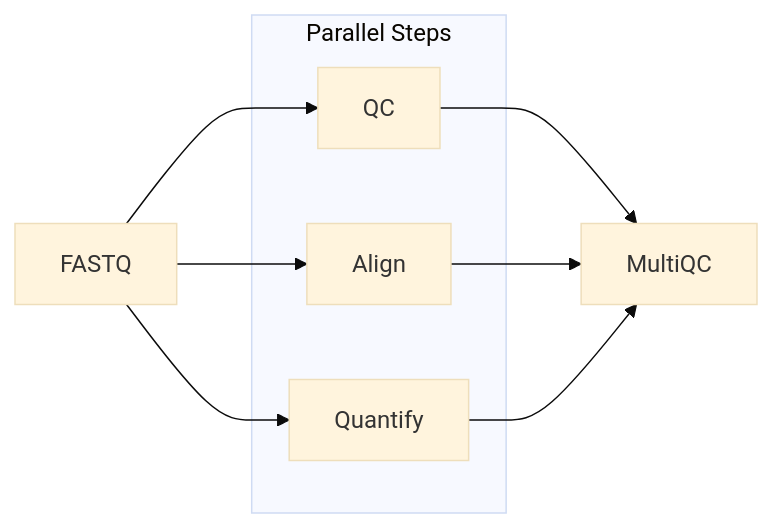
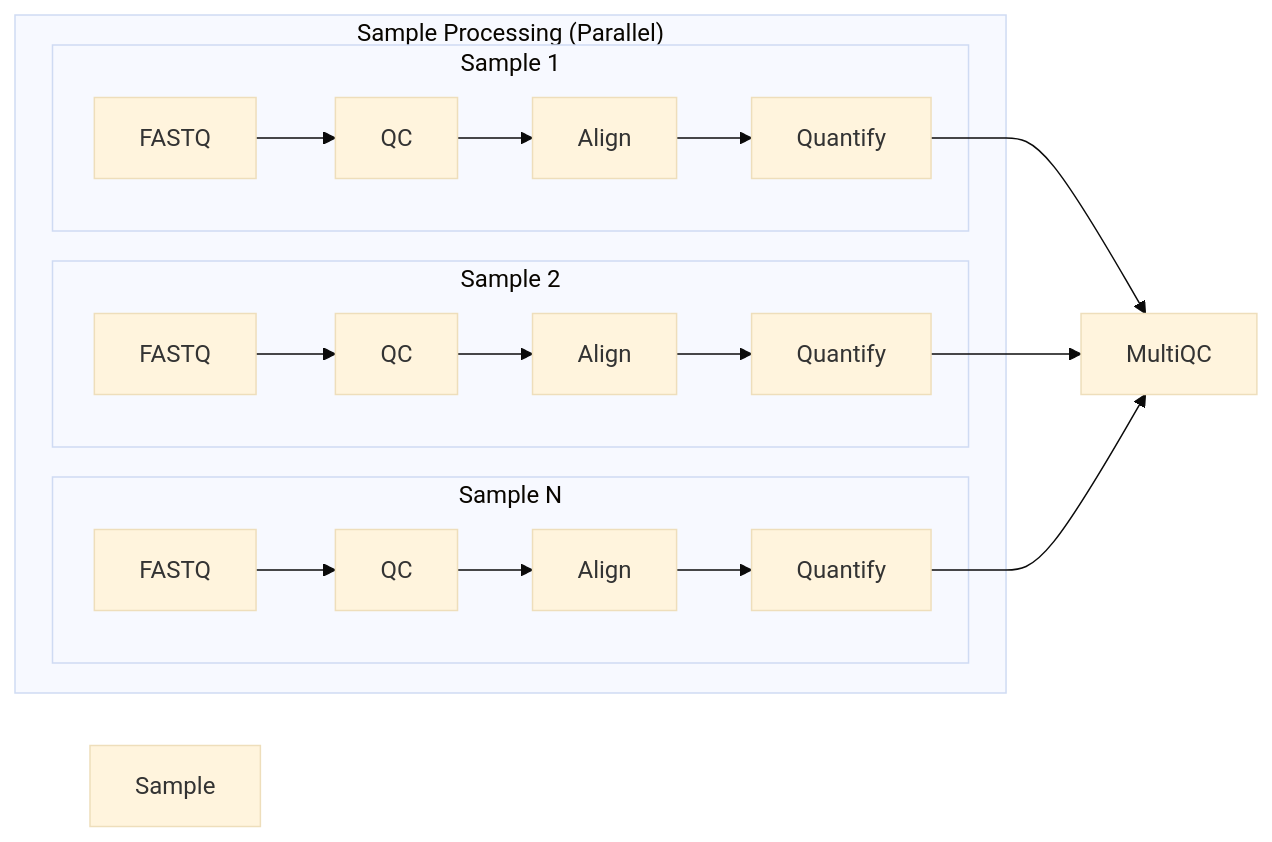
One commit to kyuhokim2/RNASeq_Nextflow changed the diagram in README.md. Above: the diagram before and after it, drawn with Mermaid (base theme).

Commit message:
Updated the mermaid graph to reflect the actual parallel process.

````diff
--- a/README.md
+++ b/README.md
@@ -4,13 +4,21 @@
 ```mermaid
 graph LR
-    A[FASTQ] --> B[QC]
-    A --> C[Align]
-    A --> D[Quantify]
-    B & C & D --> E[MultiQC]
+    subgraph "Sample Processing (Parallel)"
+        subgraph "Sample 1"
+            A1[FASTQ] --> B1[QC] --> C1[Align] --> D1[Quantify]
+        end
+        
+        subgraph "Sample 2"
+            A2[FASTQ] --> B2[QC] --> C2[Align] --> D2[Quantify]
+        end
+        
+        subgraph "Sample N"
+            A3[FASTQ] --> B3[QC] --> C3[Align] --> D3[Quantify]
+        end
+    end
     
-    subgraph Parallel Steps
-        B
-        C
-        D
-    end
+    D1 & D2 & D3 --> E[MultiQC]
+    
+    style Sample 2 opacity:0.7
+    style Sample N opacity:0.5
 ```
````
